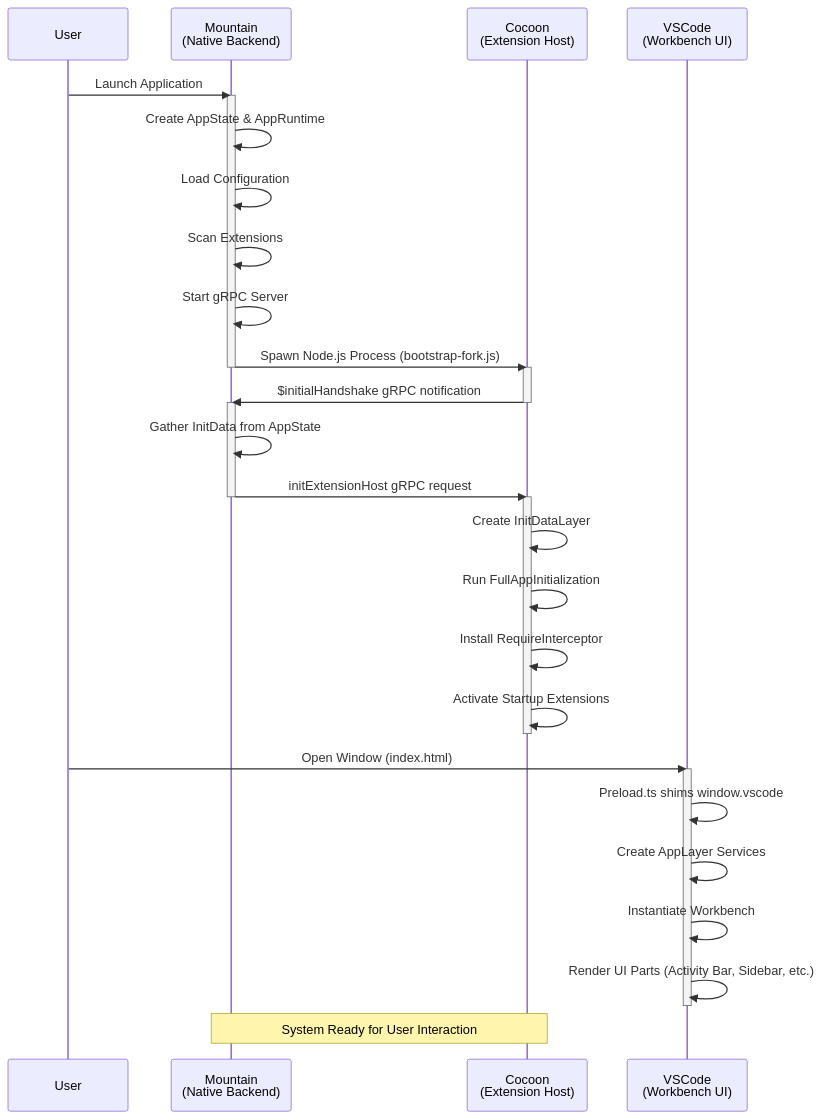
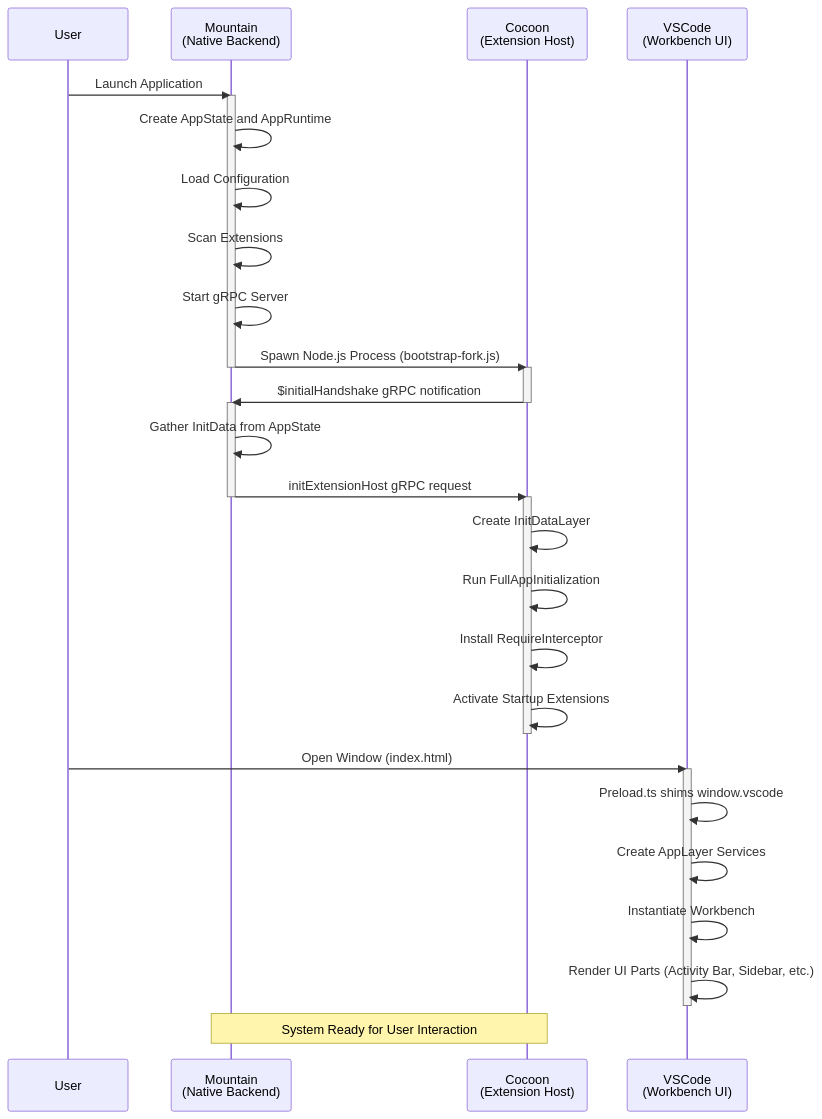
One commit to CodeEditorLand/Land changed the diagram in Documentation/GitHub/Workflow/ApplicationStartupAndHandshake.md. Above: the diagram before and after it, drawn with Mermaid. The commit also changed other lines of this file and 28 other files, not shown here.

````diff
--- a/Documentation/GitHub/Workflow/ApplicationStartupAndHandshake.md
+++ b/Documentation/GitHub/Workflow/ApplicationStartupAndHandshake.md
@@ -13,42 +30,42 @@
 ```mermaid
 sequenceDiagram
     participant User as User
     participant Mountain as Mountain<br/>(Native Backend)
     participant Cocoon as Cocoon<br/>(Extension Host)
     participant VSCode as VSCode<br/>(Workbench UI)
 
     User->>Mountain: Launch Application
     activate Mountain
-    Mountain->>Mountain: Create AppState & AppRuntime
+    Mountain->>Mountain: Create AppState and AppRuntime
     Mountain->>Mountain: Load Configuration
     Mountain->>Mountain: Scan Extensions
     Mountain->>Mountain: Start gRPC Server
     Mountain->>Cocoon: Spawn Node.js Process (bootstrap-fork.js)
     deactivate Mountain
 
     activate Cocoon
     Cocoon->>Mountain: $initialHandshake gRPC notification
     deactivate Cocoon
 
     activate Mountain
     Mountain->>Mountain: Gather InitData from AppState
     Mountain->>Cocoon: initExtensionHost gRPC request
     deactivate Mountain
 
     activate Cocoon
     Cocoon->>Cocoon: Create InitDataLayer
     Cocoon->>Cocoon: Run FullAppInitialization
     Cocoon->>Cocoon: Install RequireInterceptor
     Cocoon->>Cocoon: Activate Startup Extensions
     deactivate Cocoon
 
     User->>VSCode: Open Window (index.html)
     activate VSCode
     VSCode->>VSCode: Preload.ts shims window.vscode
     VSCode->>VSCode: Create AppLayer Services
     VSCode->>VSCode: Instantiate Workbench
     VSCode->>VSCode: Render UI Parts (Activity Bar, Sidebar, etc.)
     deactivate VSCode
 
     Note over Mountain,Cocoon: System Ready for User Interaction
 ```
````
